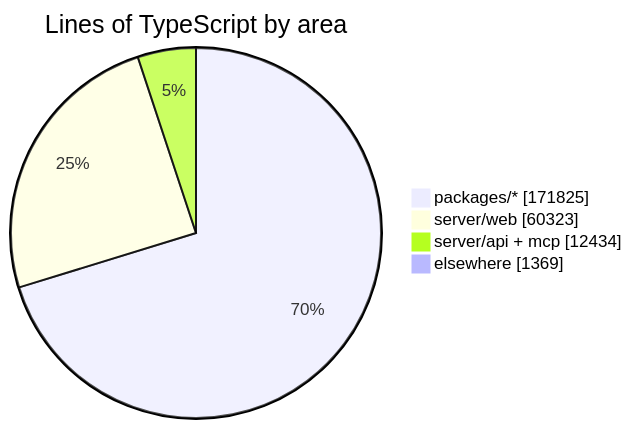
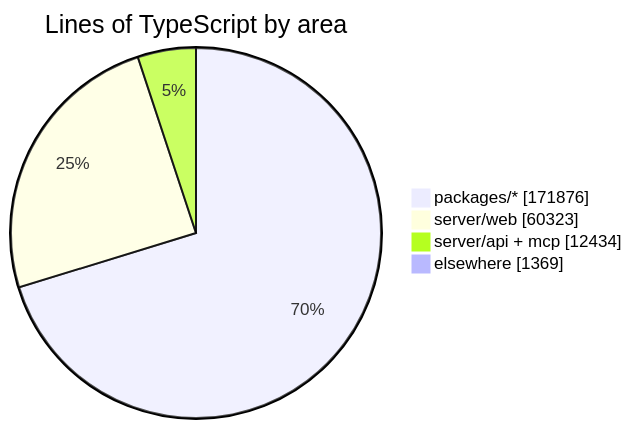
Before and after one commit to crossworks-engineering/mantle: the diagram in README.md, drawn with Mermaid. The commit also changed other lines of this file and 2 other files, not shown here.

````diff
--- a/README.md
+++ b/README.md
@@ -279,7 +279,7 @@
 ```mermaid
 pie showData title Lines of TypeScript by area
-    "packages/*" : 171825
+    "packages/*" : 171876
     "server/web" : 60323
     "server/api + mcp" : 12434
     "elsewhere" : 1369
 ```
````
